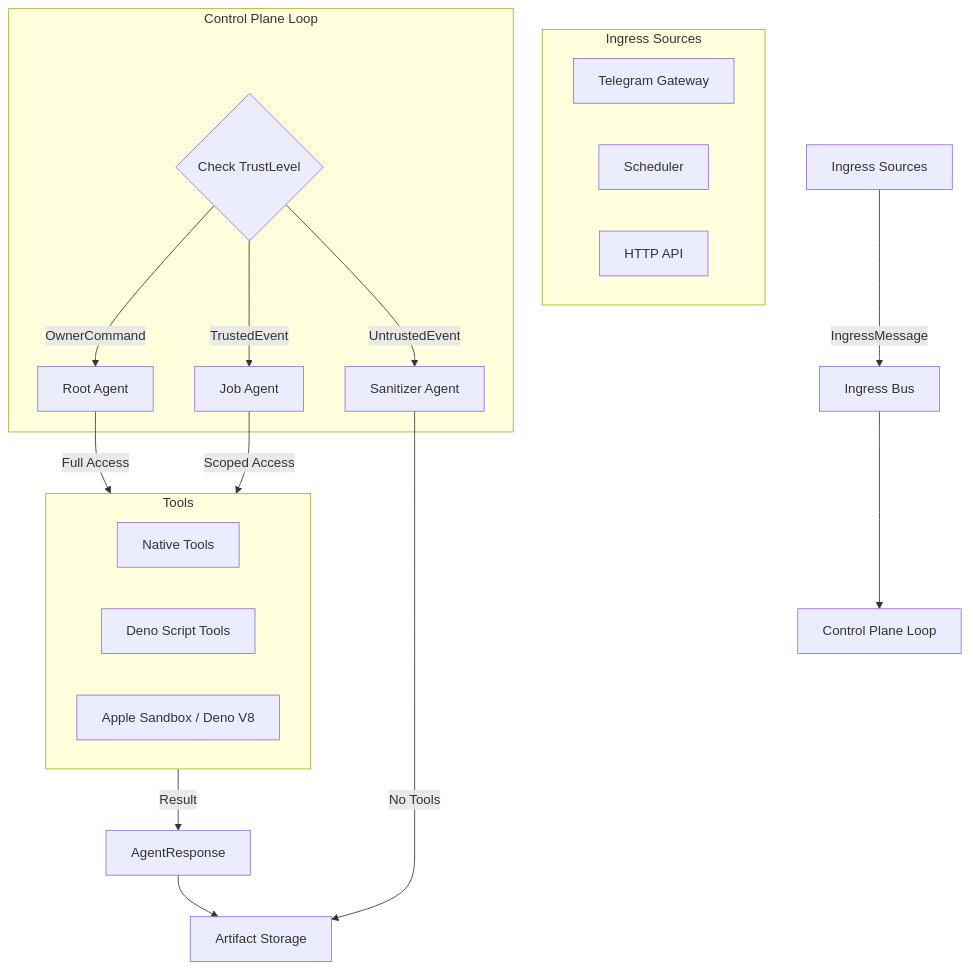
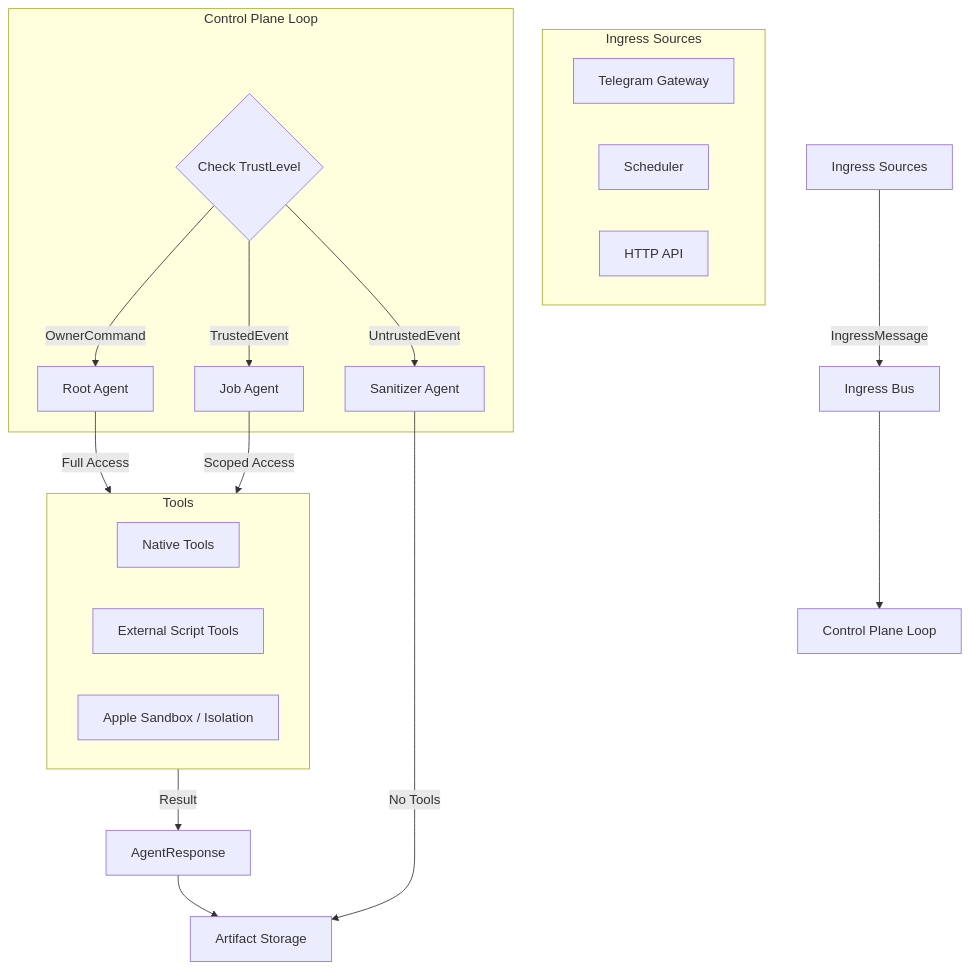
Before and after one commit to kir-gadjello/zier-alpha: the diagram in README.md, drawn with Mermaid. The commit also changed other lines of this file, not shown here.

````diff
--- a/README.md
+++ b/README.md
@@ -125,32 +65,33 @@
 ```mermaid
 graph TD
     Ingress[Ingress Sources] -->|IngressMessage| Bus[Ingress Bus]
 
     subgraph Ingress Sources
         Telegram[Telegram Gateway]
         Cron[Scheduler]
         API[HTTP API]
     end
 
     Bus --> ControlPlane[Control Plane Loop]
 
     subgraph Control Plane Loop
         TrustCheck{Check TrustLevel}
         TrustCheck -->|OwnerCommand| RootAgent[Root Agent]
         TrustCheck -->|TrustedEvent| JobAgent[Job Agent]
         TrustCheck -->|UntrustedEvent| Sanitizer[Sanitizer Agent]
     end
 
     RootAgent -->|Full Access| Tools
     JobAgent -->|Scoped Access| Tools
     Sanitizer -->|No Tools| Artifacts
 
     subgraph Tools
         Native[Native Tools]
-        Script[Deno Script Tools]
-        Sandbox[Apple Sandbox / Deno V8]
+        Script[External Script Tools]
+        Sandbox[Apple Sandbox / Isolation]
     end
 
     Tools -->|Result| AgentResponse
     AgentResponse --> Artifacts[Artifact Storage]
+
 ```
````
